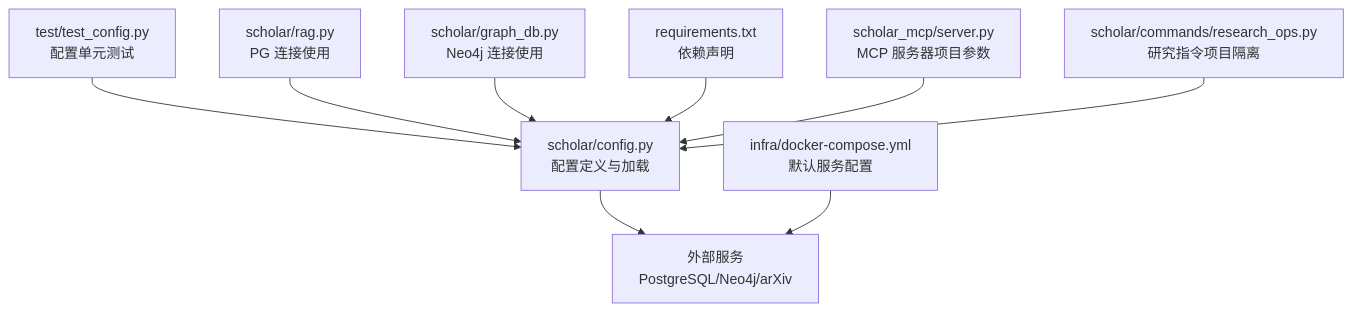
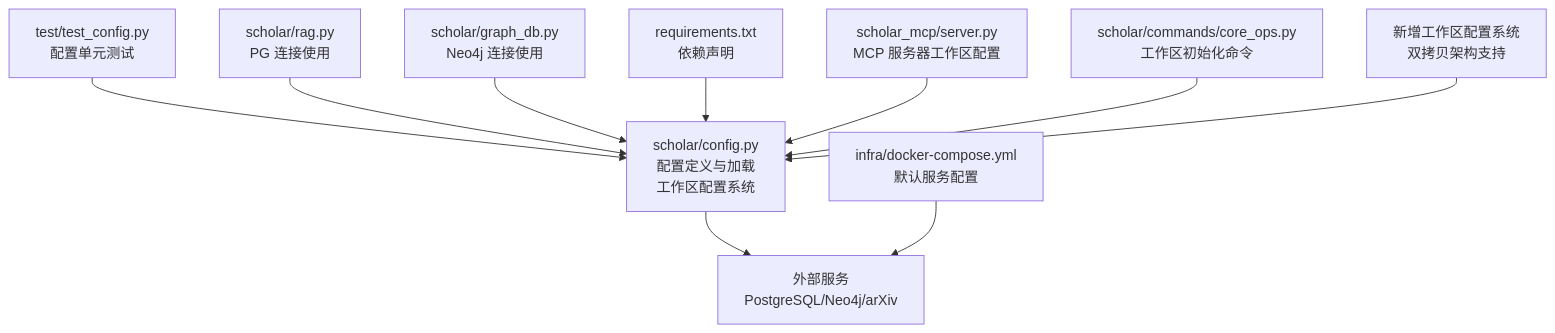
The first of 9 diagrams in .qoder/repowiki/zh/content/Python后端系统/配置管理系统.md (1173591564/academic-based-qoder), drawn with Mermaid before and after one commit. The commit also changed other lines of this file and 75 other files, not shown here.

````diff
--- a/.qoder/repowiki/zh/content/Python后端系统/配置管理系统.md
+++ b/.qoder/repowiki/zh/content/Python后端系统/配置管理系统.md
@@ -44,11 +54,12 @@
 ```mermaid
 graph TB
-A["scholar/config.py<br/>配置定义与加载"] --> B["外部服务<br/>PostgreSQL/Neo4j/arXiv"]
+A["scholar/config.py<br/>配置定义与加载<br/>工作区配置系统"] --> B["外部服务<br/>PostgreSQL/Neo4j/arXiv"]
 C["test/test_config.py<br/>配置单元测试"] --> A
 D["infra/docker-compose.yml<br/>默认服务配置"] --> B
 E["scholar/rag.py<br/>PG 连接使用"] --> A
 F["scholar/graph_db.py<br/>Neo4j 连接使用"] --> A
 G["requirements.txt<br/>依赖声明"] --> A
-H["scholar_mcp/server.py<br/>MCP 服务器项目参数"] --> A
-I["scholar/commands/research_ops.py<br/>研究指令项目隔离"] --> A
+H["scholar_mcp/server.py<br/>MCP 服务器工作区配置"] --> A
+I["scholar/commands/core_ops.py<br/>工作区初始化命令"] --> A
+J["新增工作区配置系统<br/>双拷贝架构支持"] --> A
 ```
````
